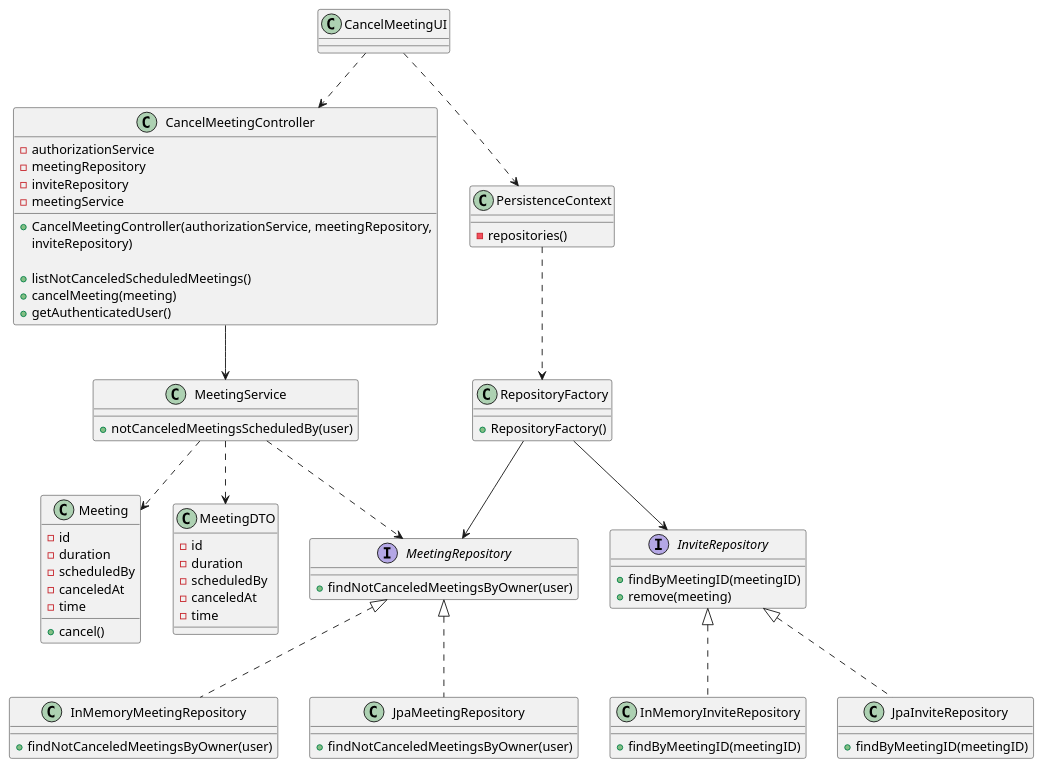
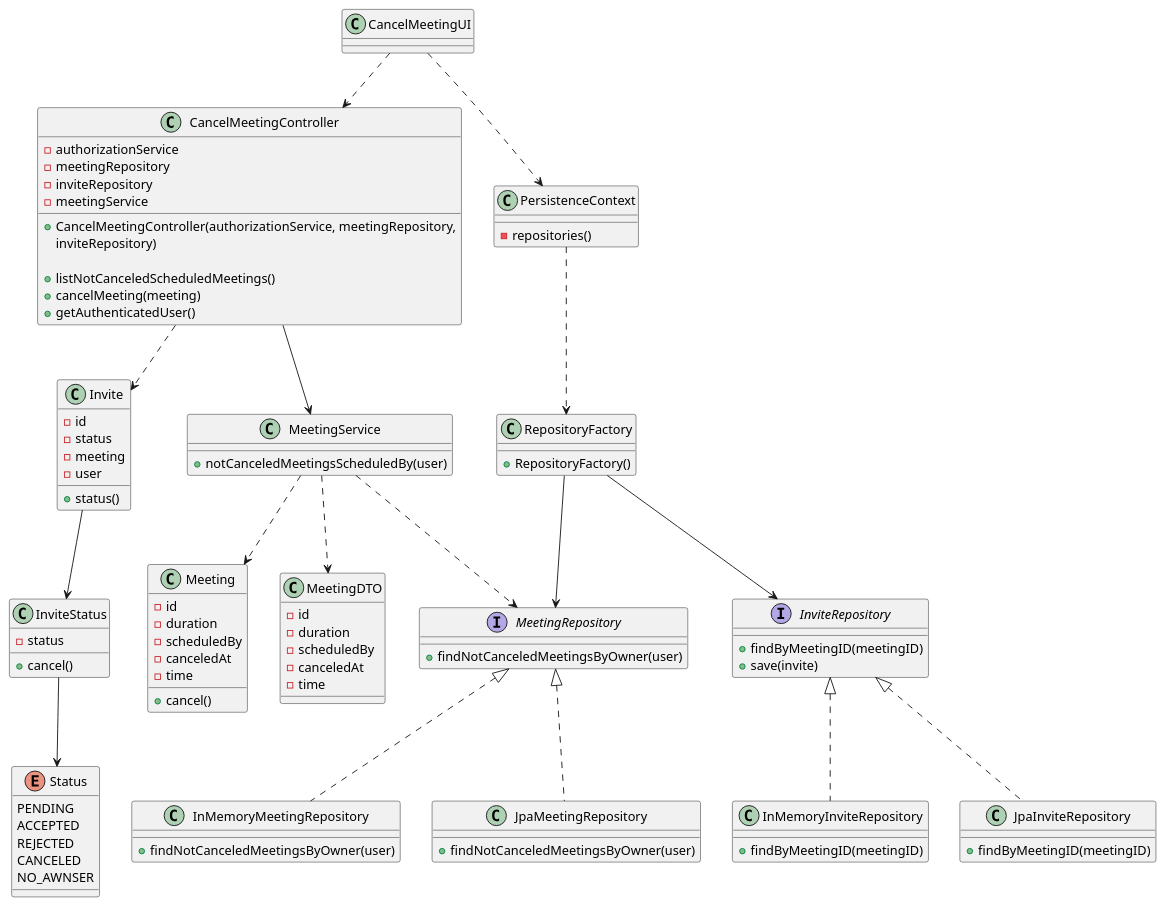
Before and after one commit to miseEnPlace-dev/lapr4: the diagram in docs/sprint-c/us40-4002/US4002_CD.puml, drawn with PlantUML. The commit also changed 5 other files, not shown here.

Commit message:
feat: added canceled value to InviteStatus & updated ctrl (#52)

```diff
--- a/docs/sprint-c/us40-4002/US4002_CD.puml
+++ b/docs/sprint-c/us40-4002/US4002_CD.puml
@@ -1,100 +1,128 @@
 @startuml US4002_CD
 
 class CancelMeetingUI {
 
 }
 
 class CancelMeetingController {
 - authorizationService
 - meetingRepository
 - inviteRepository
 - meetingService
 
 + CancelMeetingController(authorizationService, meetingRepository,
 inviteRepository)
 
 + listNotCanceledScheduledMeetings()
 + cancelMeeting(meeting)
 + getAuthenticatedUser()
 }
 
 
 class Meeting {
 - id
 - duration
 - scheduledBy
 - canceledAt
 - time
 
 + cancel()
 }
 
 class MeetingDTO {
 - id
 - duration
 - scheduledBy
 - canceledAt
 - time
 }
 
+class Invite {
+- id
+- status
+- meeting
+- user
+
++ status()
+}
+
+class InviteStatus {
+- status
+
++ cancel()
+}
+
+enum Status {
+PENDING
+ACCEPTED
+REJECTED
+CANCELED
+NO_AWNSER
+}
+
 
 
 class MeetingService {
 + notCanceledMeetingsScheduledBy(user)
 }
 
 interface MeetingRepository {
 + findNotCanceledMeetingsByOwner(user)
 }
 
 class InMemoryMeetingRepository {
 + findNotCanceledMeetingsByOwner(user)
 }
 
 class JpaMeetingRepository {
 + findNotCanceledMeetingsByOwner(user)
 }
 
 interface InviteRepository {
 + findByMeetingID(meetingID)
-+ remove(meeting)
++ save(invite)
 }
 
 class InMemoryInviteRepository {
 + findByMeetingID(meetingID)
 }
 
 class JpaInviteRepository {
 + findByMeetingID(meetingID)
 }
 
 class RepositoryFactory {
   + RepositoryFactory()
 }
 
 
 class PersistenceContext {
   - repositories()
 }
 
 
 MeetingService ..> Meeting
 MeetingService ..> MeetingDTO
 MeetingService ..> MeetingRepository
 
 MeetingRepository <|.. InMemoryMeetingRepository
 MeetingRepository <|.. JpaMeetingRepository
 
 InviteRepository <|.. InMemoryInviteRepository
 InviteRepository <|.. JpaInviteRepository
 
 CancelMeetingController --> MeetingService
+CancelMeetingController ..> Invite
+
+Invite --> InviteStatus
+InviteStatus --> Status
+
 
 CancelMeetingUI ..> PersistenceContext
 PersistenceContext ..> RepositoryFactory
 RepositoryFactory --> MeetingRepository
 RepositoryFactory --> InviteRepository
 
 CancelMeetingUI ..> CancelMeetingController
 
 @enduml
```
